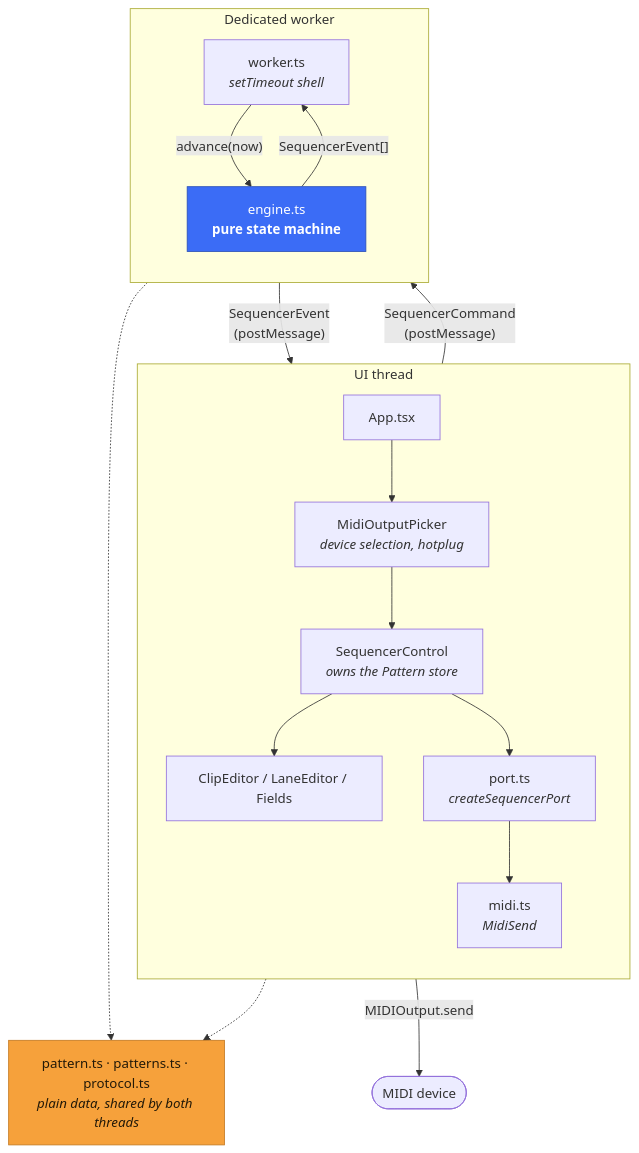
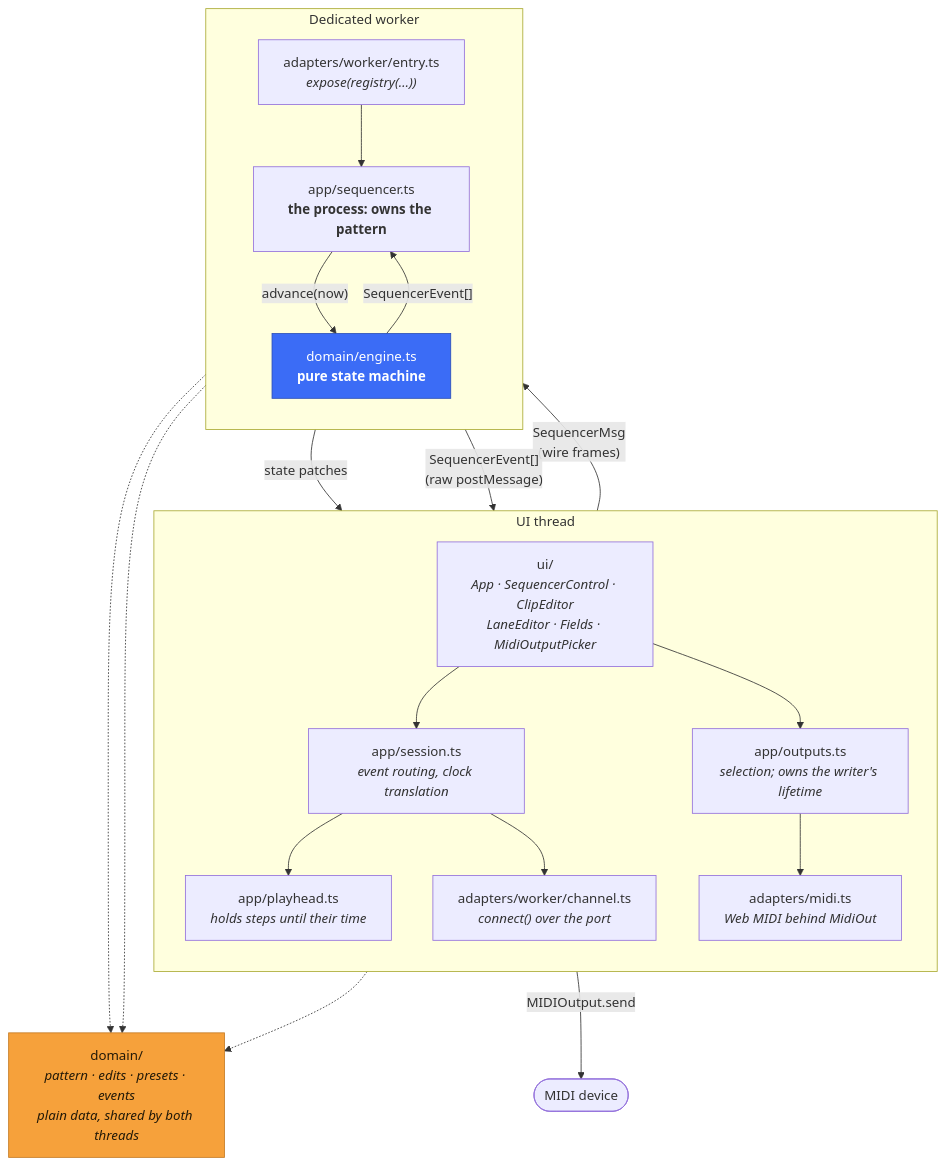
One commit to twfarland/seq changed the first of 3 diagrams in README.md. Above: the diagram before and after it, drawn with Mermaid. The commit also changed other lines of this file and 61 other files, not shown here.

````diff
--- a/README.md
+++ b/README.md
@@ -40,38 +83,44 @@
 ```mermaid
 flowchart TB
     subgraph ui["UI thread"]
         direction TB
-        App["App.tsx"]
-        Picker["MidiOutputPicker<br/><i>device selection, hotplug</i>"]
-        Control["SequencerControl<br/><i>owns the Pattern store</i>"]
-        Editors["ClipEditor / LaneEditor / Fields"]
-        Port["port.ts<br/><i>createSequencerPort</i>"]
-        Midi["midi.ts<br/><i>MidiSend</i>"]
+        View["ui/<br/><i>App · SequencerControl · ClipEditor<br/>LaneEditor · Fields · MidiOutputPicker</i>"]
+        Session["app/session.ts<br/><i>event routing, clock translation</i>"]
+        Playhead["app/playhead.ts<br/><i>holds steps until their time</i>"]
+        Outputs["app/outputs.ts<br/><i>selection; owns the writer's lifetime</i>"]
+        Channel["adapters/worker/channel.ts<br/><i>connect() over the port</i>"]
+        Midi["adapters/midi.ts<br/><i>Web MIDI behind MidiOut</i>"]
 
-        App --> Picker --> Control --> Editors
-        Control --> Port
-        Port --> Midi
+        View --> Session
+        View --> Outputs
+        Session --> Playhead
+        Session --> Channel
+        Outputs --> Midi
     end
 
     subgraph wk["Dedicated worker"]
         direction TB
-        Shell["worker.ts<br/><i>setTimeout shell</i>"]
-        Engine["engine.ts<br/><b>pure state machine</b>"]
-        Shell -->|"advance(now)"| Engine
-        Engine -->|"SequencerEvent[]"| Shell
+        Entry["adapters/worker/entry.ts<br/><i>expose(registry(…))</i>"]
+        Proc["app/sequencer.ts<br/><b>the process: owns the pattern</b>"]
+        Engine["domain/engine.ts<br/><b>pure state machine</b>"]
+        Entry --> Proc
+        Proc -->|"advance(now)"| Engine
+        Engine -->|"SequencerEvent[]"| Proc
     end
 
-    Domain["pattern.ts · patterns.ts · protocol.ts<br/><i>plain data, shared by both threads</i>"]
+    Domain["domain/<br/><i>pattern · edits · presets · events</i><br/><i>plain data, shared by both threads</i>"]
 
-    Port -->|"SequencerCommand<br/>(postMessage)"| Shell
-    Shell -->|"SequencerEvent<br/>(postMessage)"| Port
+    Channel -->|"SequencerMsg<br/>(wire frames)"| Entry
+    Entry -->|"state patches"| Channel
+    Proc -->|"SequencerEvent[]<br/>(raw postMessage)"| Channel
     Midi -->|"MIDIOutput.send"| HW(["MIDI device"])
 
-    Control -.-> Domain
+    Proc -.-> Domain
     Engine -.-> Domain
+    View -.-> Domain
 
     classDef pure fill:#3b6cf6,stroke:#2a4fb8,color:#fff
     classDef data fill:#f6a13b,stroke:#c47a22,color:#241a08
     class Engine pure
     class Domain data
 ```
````
